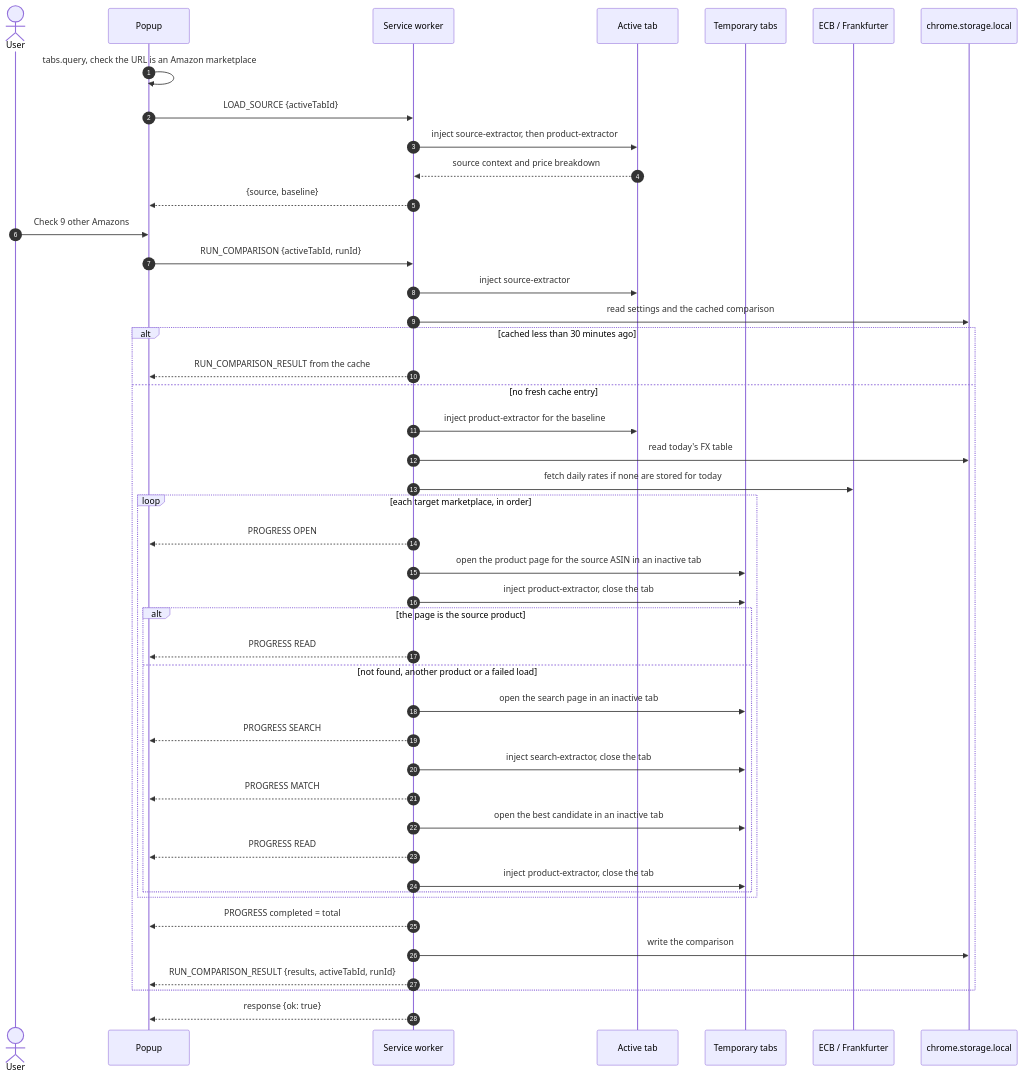
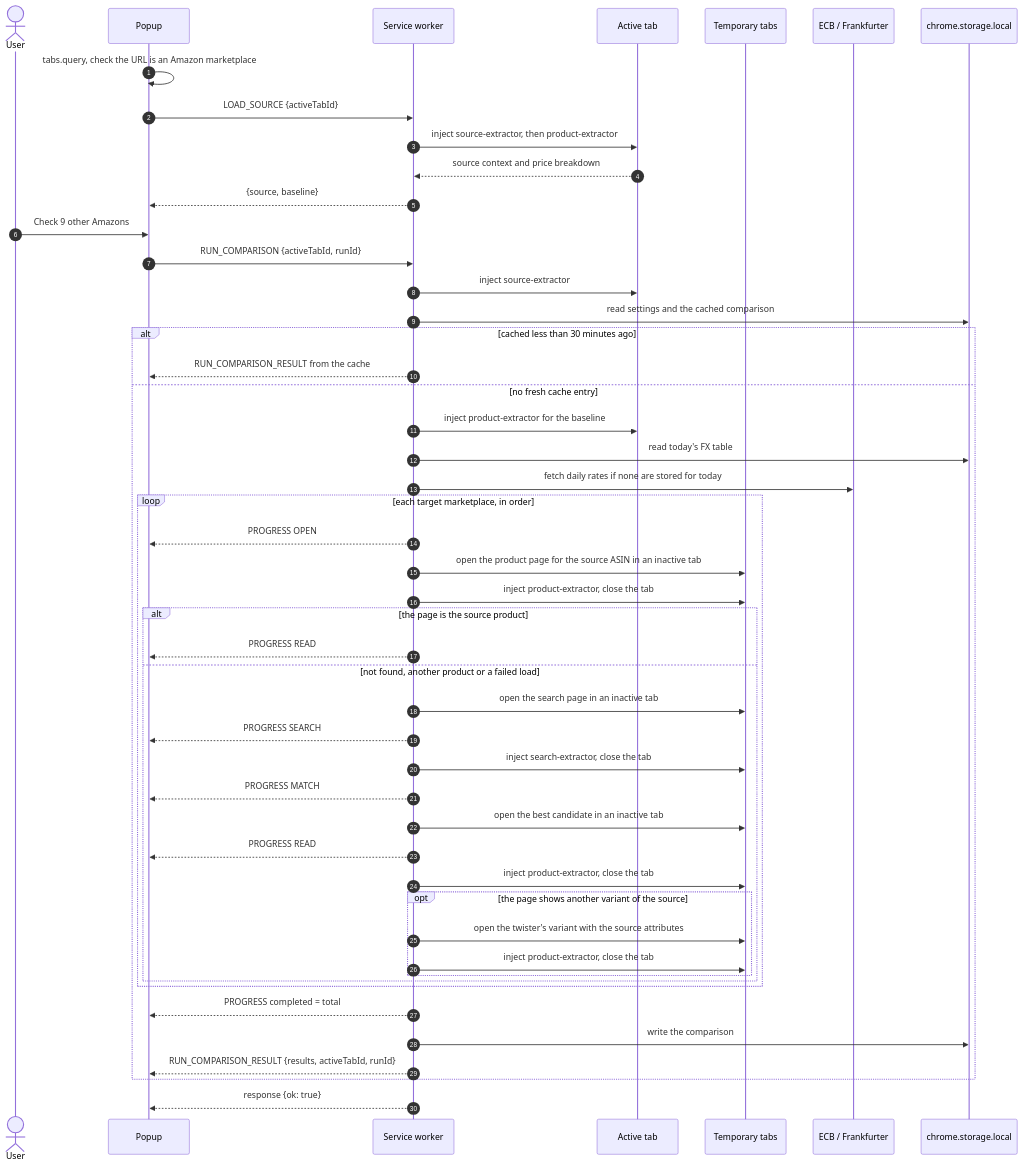
The diagram in docs/architecture.md (dortort/across-amazon), drawn with Mermaid before and after one commit. The commit also changed other lines of this file, not shown here.

Commit message:
docs(architecture): describe the variant check and import-free quotes

````diff
--- a/docs/architecture.md
+++ b/docs/architecture.md
@@ -14,48 +14,52 @@
 ```mermaid
 sequenceDiagram
     autonumber
     actor User
     participant Popup
     participant SW as Service worker
     participant Tab as Active tab
     participant Temp as Temporary tabs
     participant FX as ECB / Frankfurter
     participant Store as chrome.storage.local
 
     Popup->>Popup: tabs.query, check the URL is an Amazon marketplace
     Popup->>SW: LOAD_SOURCE {activeTabId}
     SW->>Tab: inject source-extractor, then product-extractor
     Tab-->>SW: source context and price breakdown
     SW-->>Popup: {source, baseline}
     User->>Popup: Check 9 other Amazons
     Popup->>SW: RUN_COMPARISON {activeTabId, runId}
     SW->>Tab: inject source-extractor
     SW->>Store: read settings and the cached comparison
     alt cached less than 30 minutes ago
         SW-->>Popup: RUN_COMPARISON_RESULT from the cache
     else no fresh cache entry
         SW->>Tab: inject product-extractor for the baseline
         SW->>Store: read today's FX table
         SW->>FX: fetch daily rates if none are stored for today
         loop each target marketplace, in order
             SW-->>Popup: PROGRESS OPEN
             SW->>Temp: open the product page for the source ASIN in an inactive tab
             SW->>Temp: inject product-extractor, close the tab
             alt the page is the source product
                 SW-->>Popup: PROGRESS READ
             else not found, another product or a failed load
                 SW->>Temp: open the search page in an inactive tab
                 SW-->>Popup: PROGRESS SEARCH
                 SW->>Temp: inject search-extractor, close the tab
                 SW-->>Popup: PROGRESS MATCH
                 SW->>Temp: open the best candidate in an inactive tab
                 SW-->>Popup: PROGRESS READ
                 SW->>Temp: inject product-extractor, close the tab
+                opt the page shows another variant of the source
+                    SW->>Temp: open the twister's variant with the source attributes
+                    SW->>Temp: inject product-extractor, close the tab
+                end
             end
         end
         SW-->>Popup: PROGRESS completed = total
         SW->>Store: write the comparison
         SW-->>Popup: RUN_COMPARISON_RESULT {results, activeTabId, runId}
     end
     SW-->>Popup: response {ok: true}
 ```
````
